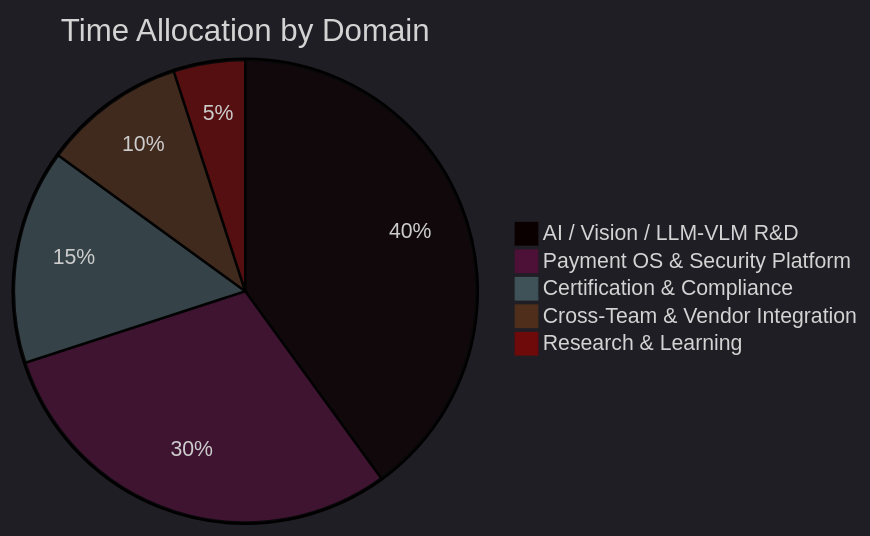
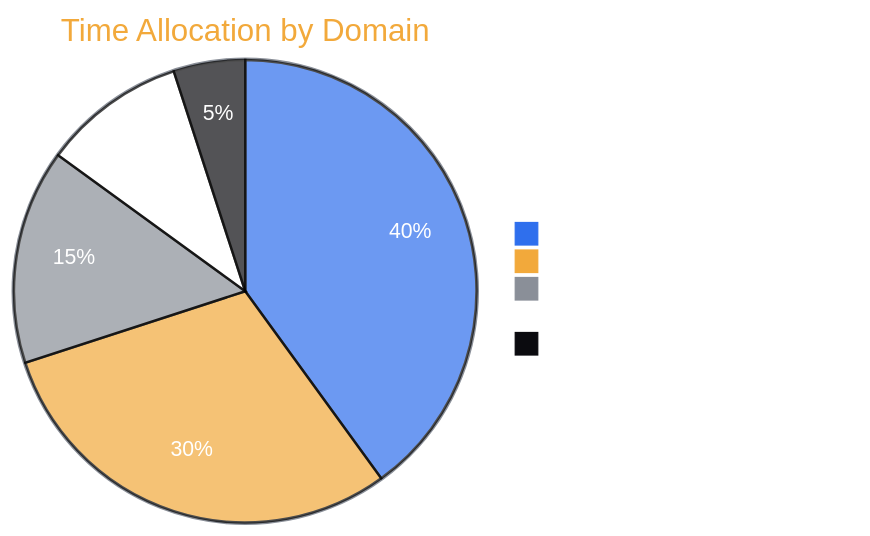
Before and after one commit to Awrsha/Awrsha: the third of 3 diagrams in README.md, drawn with Mermaid. The commit also changed other lines of this file, not shown here.

````diff
--- a/README.md
+++ b/README.md
@@ -365,9 +366,9 @@
 ```mermaid
-%%{init: {'theme': 'dark'}}%%
+%%{init: {'theme': 'base', 'themeVariables': {'pie1': '#2F6FED', 'pie2': '#F2A93B', 'pie3': '#8A8F98', 'pie4': '#FFFFFF', 'pie5': '#0B0B0F', 'pieOuterStrokeColor': '#8A8F98', 'pieSectionTextColor': '#FFFFFF', 'pieTitleTextColor': '#F2A93B', 'pieLegendTextColor': '#FFFFFF', 'background': '#0B0B0F'}}}%%
 pie title Time Allocation by Domain
     "AI / Vision / LLM-VLM R&D" : 40
     "Payment OS & Security Platform" : 30
     "Certification & Compliance" : 15
     "Cross-Team & Vendor Integration" : 10
     "Research & Learning" : 5
 ```
````
